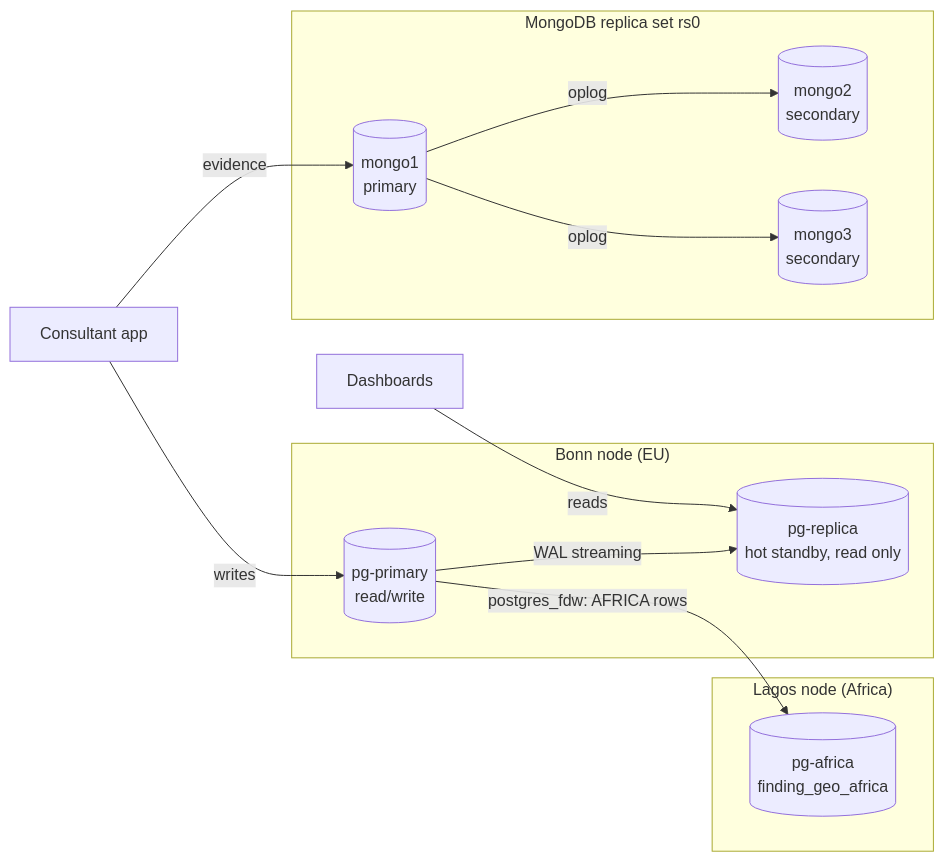
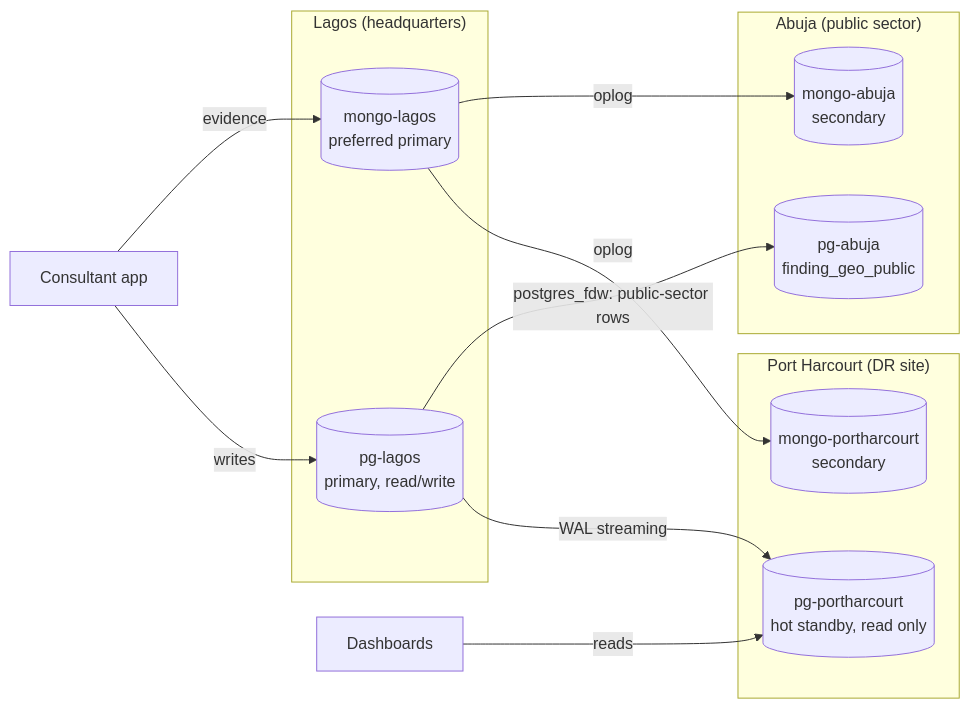
The diagram in portfolio-5-distributed-cloud/README.md (Osita-Odo/MIVA-Data-Base-Management-for-Terracyb-Consulting), drawn with Mermaid before and after one commit. The commit also changed other lines of this file and 10 other files, not shown here.

Commit message:
Portfolio 5: Lagos primary, Port Harcourt standby and Abuja public-sector shard

````diff
--- a/portfolio-5-distributed-cloud/README.md
+++ b/portfolio-5-distributed-cloud/README.md
@@ -25,22 +31,22 @@
 ```mermaid
 flowchart LR
-    subgraph EU["Bonn node (EU)"]
-        P[(pg-primary<br/>read/write)]
-        R[(pg-replica<br/>hot standby, read only)]
+    subgraph LOS["Lagos (headquarters)"]
+        P[(pg-lagos<br/>primary, read/write)]
+        ML[(mongo-lagos<br/>preferred primary)]
     end
-    subgraph AF["Lagos node (Africa)"]
-        A[(pg-africa<br/>finding_geo_africa)]
+    subgraph PHC["Port Harcourt (DR site)"]
+        R[(pg-portharcourt<br/>hot standby, read only)]
+        MP[(mongo-portharcourt<br/>secondary)]
     end
-    subgraph MG["MongoDB replica set rs0"]
-        M1[(mongo1<br/>primary)]
-        M2[(mongo2<br/>secondary)]
-        M3[(mongo3<br/>secondary)]
+    subgraph ABV["Abuja (public sector)"]
+        A[(pg-abuja<br/>finding_geo_public)]
+        MA[(mongo-abuja<br/>secondary)]
     end
     APP[Consultant app] -->|writes| P
     DASH[Dashboards] -->|reads| R
     P -- WAL streaming --> R
-    P -- postgres_fdw: AFRICA rows --> A
-    APP -->|evidence| M1
-    M1 -- oplog --> M2
-    M1 -- oplog --> M3
+    P -- postgres_fdw: public-sector rows --> A
+    APP -->|evidence| ML
+    ML -- oplog --> MP
+    ML -- oplog --> MA
 ```
````
